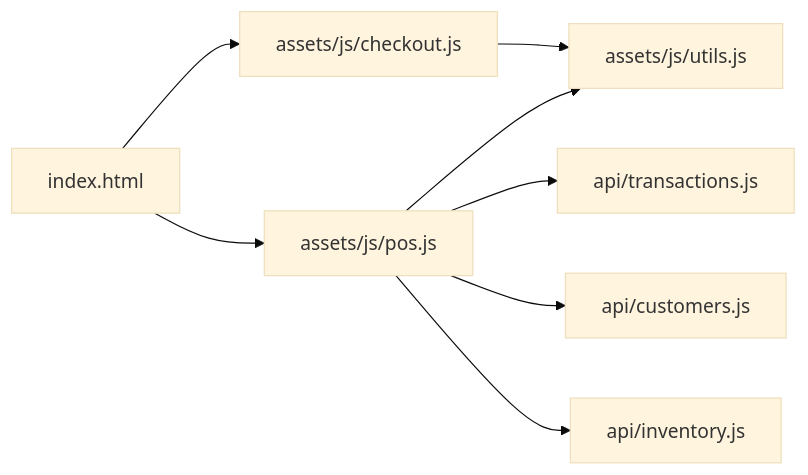
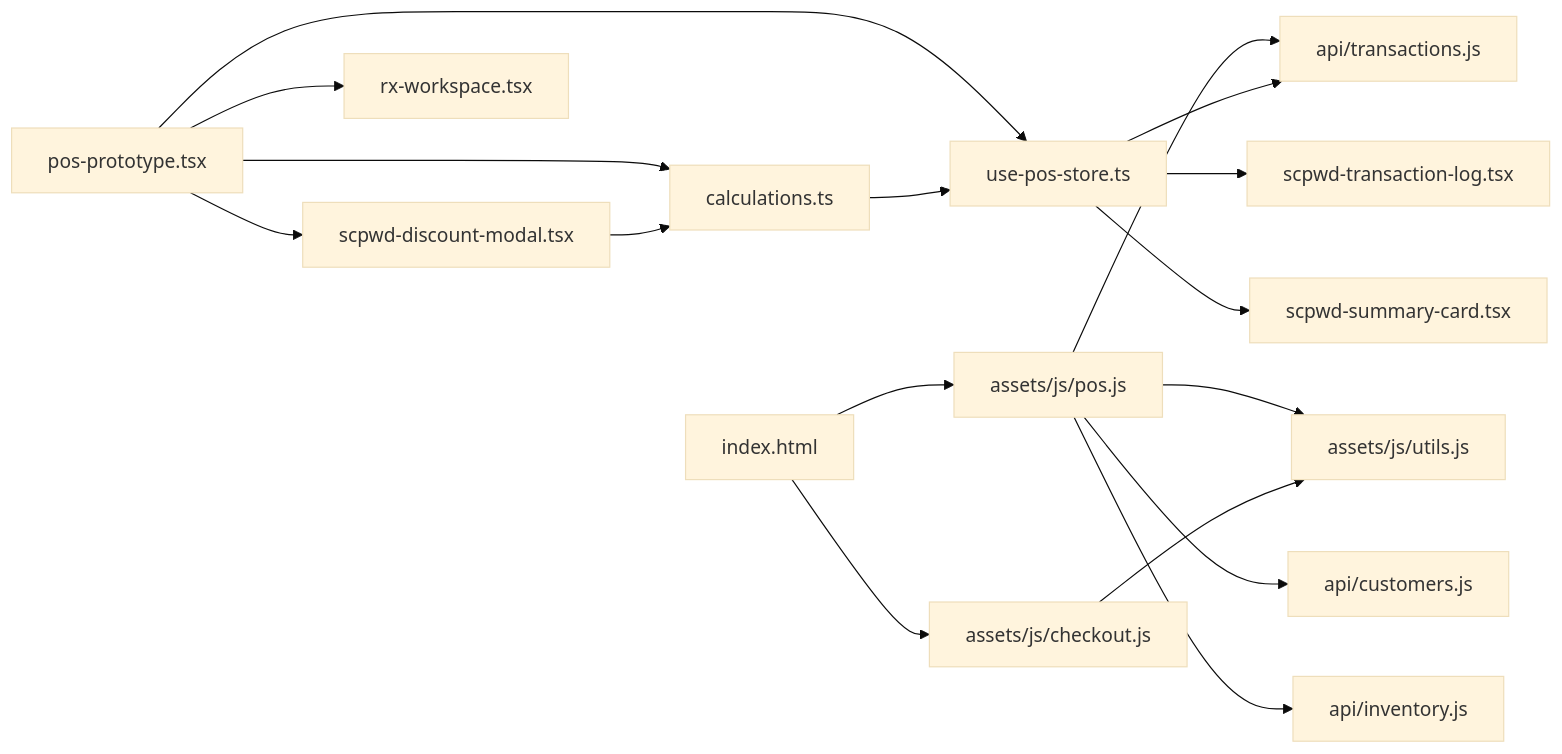
Before and after one commit to yosefdc7/PharmaPOS: diagram 13 of 13 in .qoder/repowiki/en/content/Frontend Interface/Checkout System.md, drawn with Mermaid (base theme). The commit also changed other lines of this file and 11 other files, not shown here.

````diff
--- a/.qoder/repowiki/en/content/Frontend Interface/Checkout System.md
+++ b/.qoder/repowiki/en/content/Frontend Interface/Checkout System.md
@@ -333,10 +607,19 @@
 ```mermaid
 graph LR
 POS["assets/js/pos.js"] --> Utils["assets/js/utils.js"]
 POS --> TXAPI["api/transactions.js"]
 POS --> CUAPI["api/customers.js"]
 POS --> INVAPI["api/inventory.js"]
-CK["assets/js/checkout.js"] --> Utils
-UI["index.html"] --> CK
+WPOS["pos-prototype.tsx"] --> SCM["scpwd-discount-modal.tsx"]
+WPOS --> RX["rx-workspace.tsx"]
+WPOS --> CALC["calculations.ts"]
+WPOS --> STORE["use-pos-store.ts"]
+SCM --> CALC
+CALC --> STORE
+STORE --> TXAPI
+STORE --> SCLOG["scpwd-transaction-log.tsx"]
+STORE --> SCSUM["scpwd-summary-card.tsx"]
+UI["index.html"] --> CK["assets/js/checkout.js"]
 UI --> POS
+CK --> Utils
 ```
````
